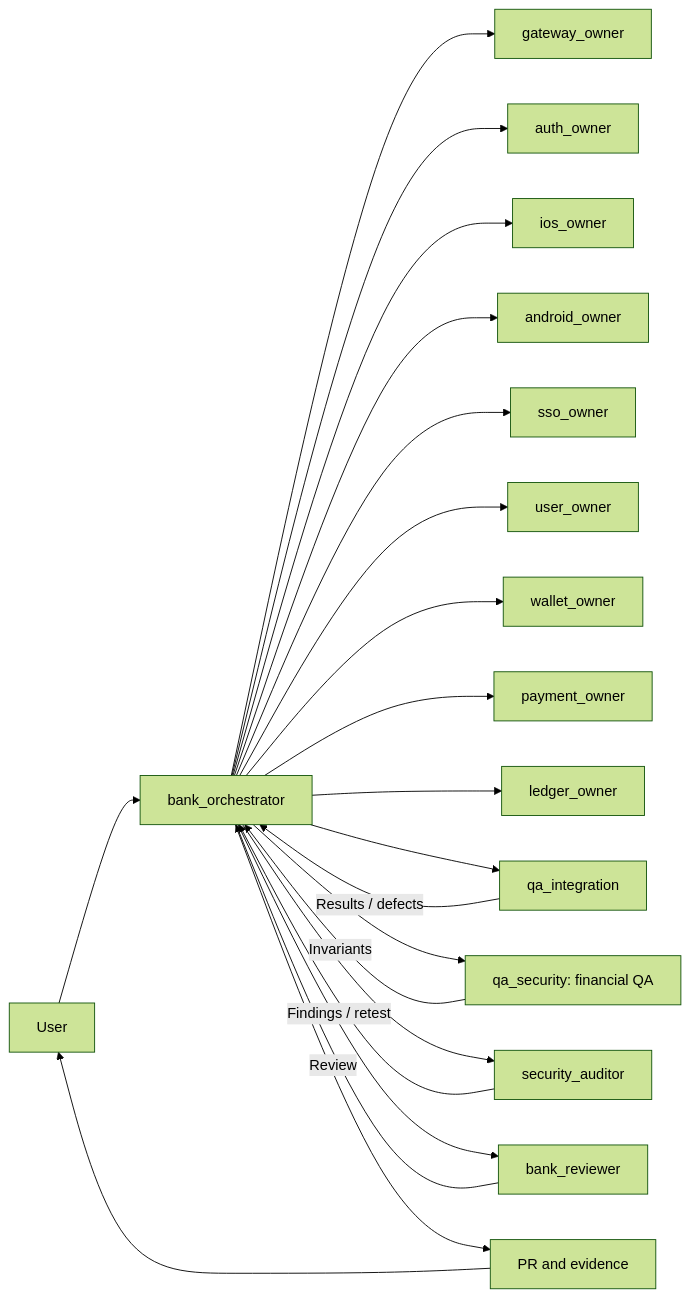
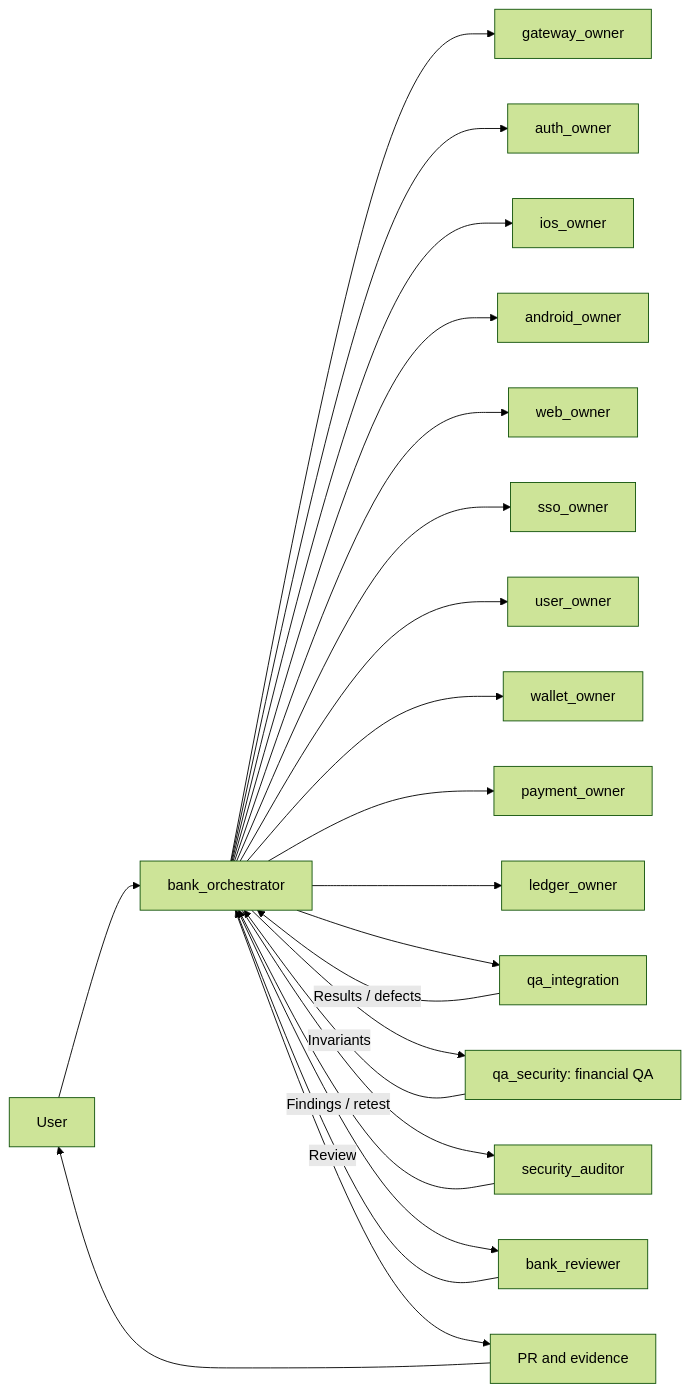
Before and after one commit to aarbabaev/ArMoney: diagram 15 of 19 in ARCHITECTURE.md, drawn with Mermaid (forest theme). The commit also changed other lines of this file and 23 other files, not shown here.

````diff
--- a/ARCHITECTURE.md
+++ b/ARCHITECTURE.md
@@ -544,23 +587,24 @@
 ```mermaid
 flowchart LR
     H["User"] --> O["bank_orchestrator"]
     O --> G["gateway_owner"]
     O --> A["auth_owner"]
     O --> IOS["ios_owner"]
     O --> ANDROID["android_owner"]
+    O --> WEBOWNER["web_owner"]
     O --> SSO["sso_owner"]
     O --> U["user_owner"]
     O --> W["wallet_owner"]
     O --> P["payment_owner"]
     O --> L["ledger_owner"]
     O --> QI["qa_integration"]
     O --> QF["qa_security: financial QA"]
     O --> S["security_auditor"]
     O --> R["bank_reviewer"]
     QI -->|"Results / defects"| O
     QF -->|"Invariants"| O
     S -->|"Findings / retest"| O
     R -->|"Review"| O
     O --> PR["PR and evidence"]
     PR --> H
 ```
````
